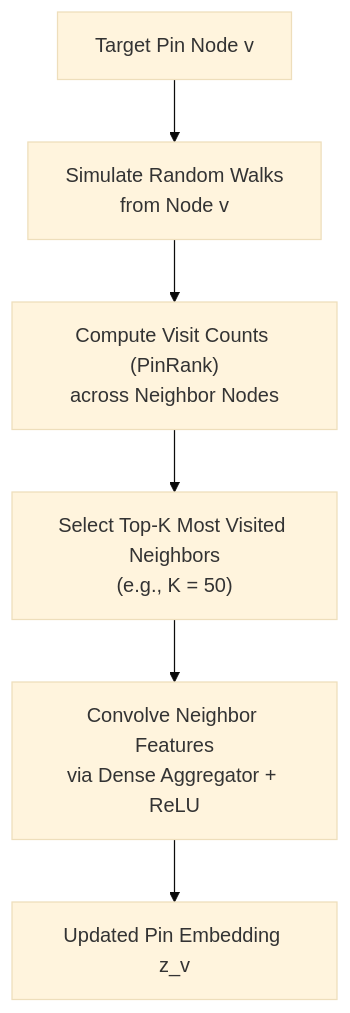
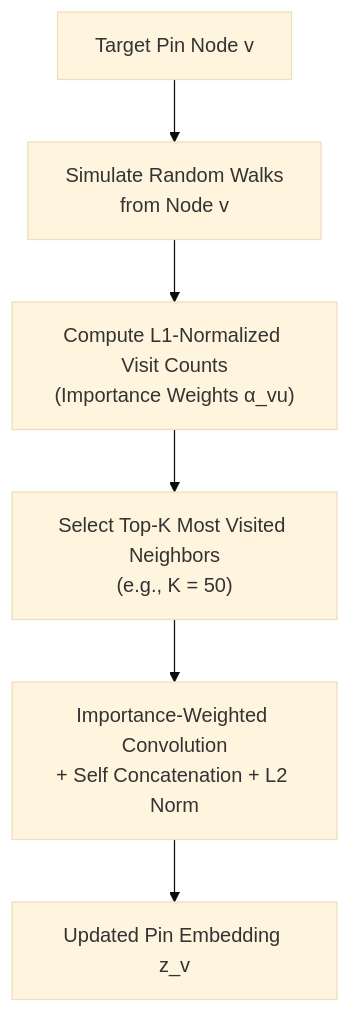
Before and after one commit to jyotipmahes/ML-Interview-Prep: diagram 14 of 18 in System_Design/01_Recommendation_Systems/Part_1_Retrieval_and_Candidate_Generation.md, drawn with Mermaid (base theme). The commit also changed other lines of this file, not shown here.

````diff
--- a/System_Design/01_Recommendation_Systems/Part_1_Retrieval_and_Candidate_Generation.md
+++ b/System_Design/01_Recommendation_Systems/Part_1_Retrieval_and_Candidate_Generation.md
@@ -739,8 +869,8 @@
 ```mermaid
 flowchart TD
     Target["Target Pin Node v"] --> RandomWalk["Simulate Random Walks<br/>from Node v"]
-    RandomWalk --> HitCounts["Compute Visit Counts (PinRank)<br/>across Neighbor Nodes"]
+    RandomWalk --> HitCounts["Compute L1-Normalized Visit Counts<br/>(Importance Weights α_vu)"]
     HitCounts --> TopNeighbors["Select Top-K Most Visited Neighbors<br/>(e.g., K = 50)"]
-    TopNeighbors --> Convolve["Convolve Neighbor Features<br/>via Dense Aggregator + ReLU"]
+    TopNeighbors --> Convolve["Importance-Weighted Convolution<br/>+ Self Concatenation + L2 Norm"]
     Convolve --> NewEmbed["Updated Pin Embedding z_v"]
 ```
````
